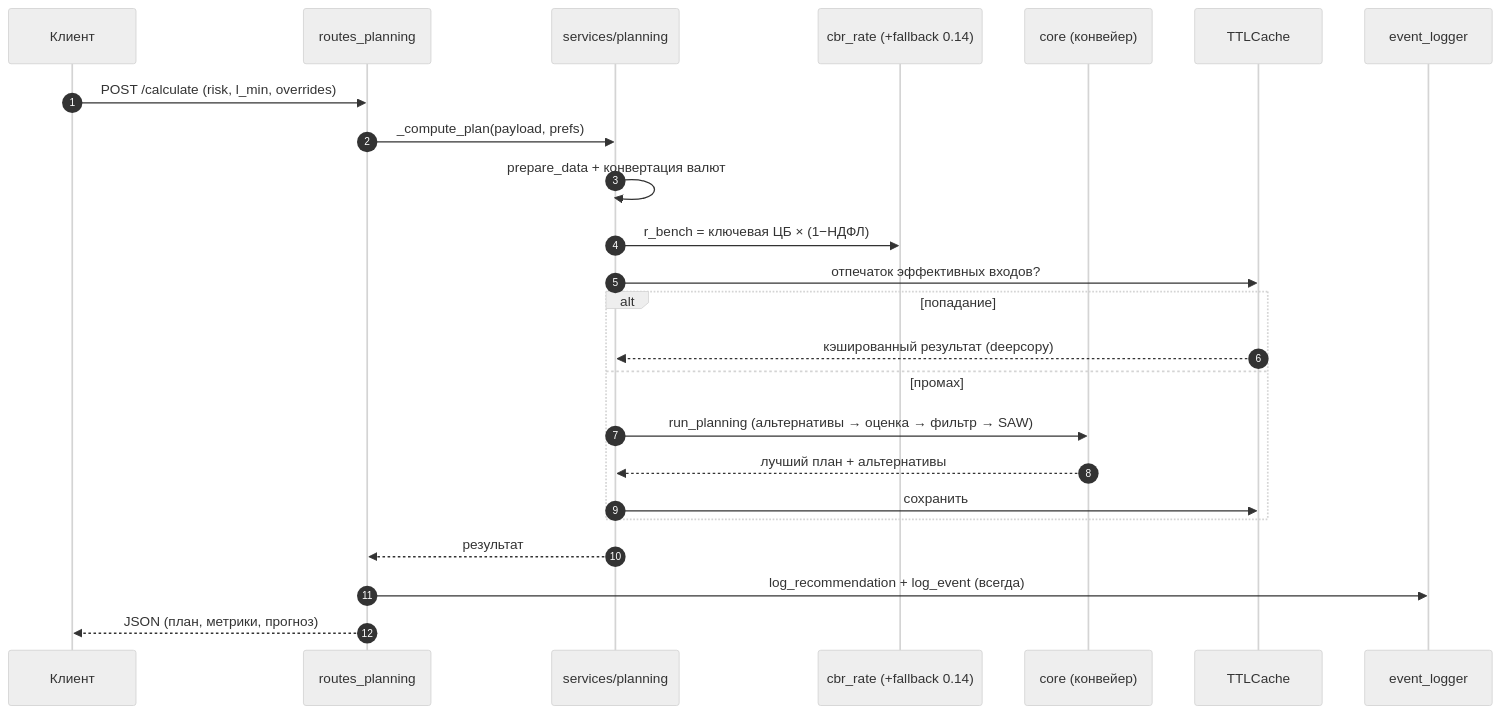
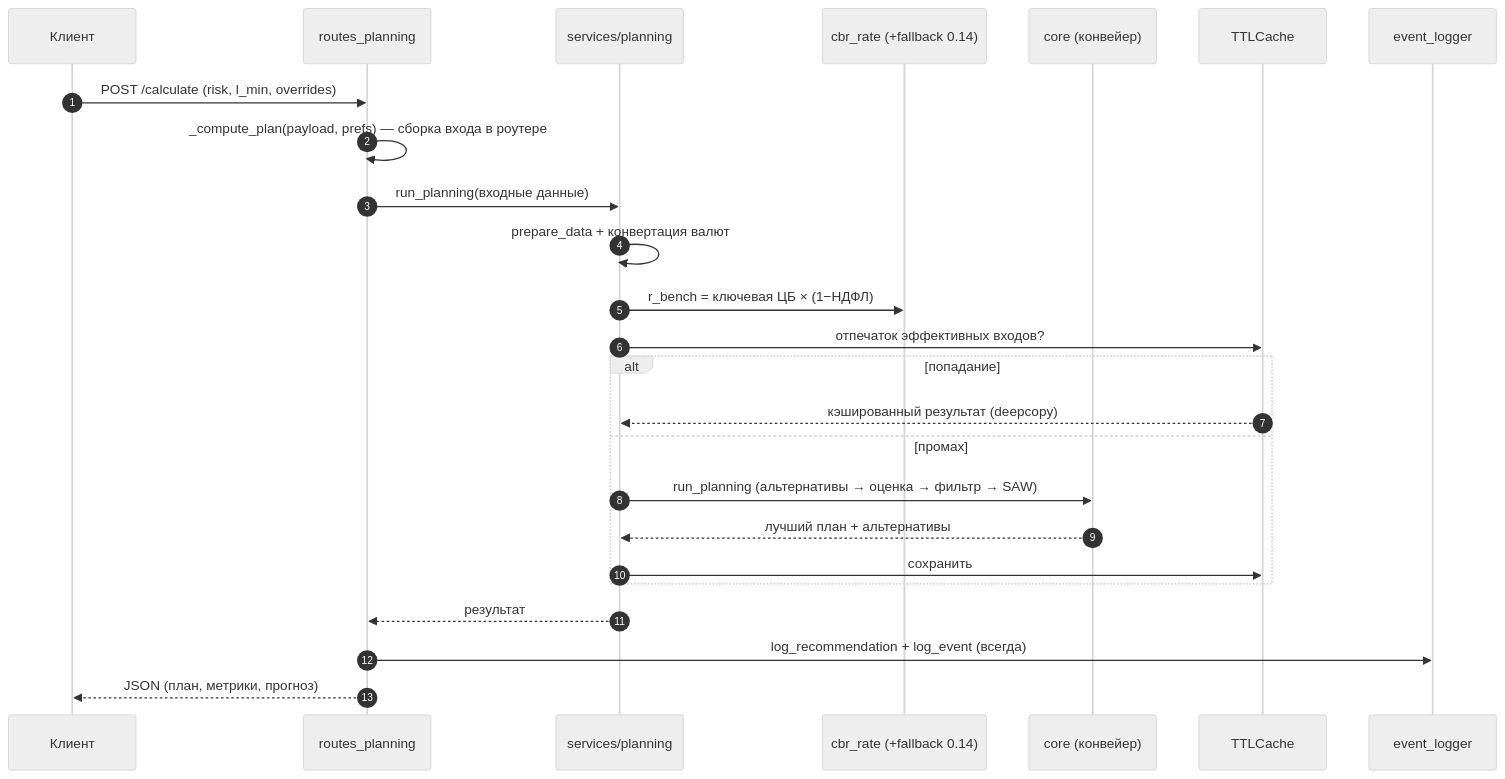
One commit to vevdokimovm/personal-finance-dss changed the fifth of 10 diagrams in docs/diagrams.md. Above: the diagram before and after it, drawn with Mermaid (neutral theme). The commit also changed other lines of this file and 5 other files, not shown here.

Commit message:
personal-finance-dss v9.13.5 — Описания релизов приведены к стандарту, оставшиеся три диаграммы догнаны до кода

````diff
--- a/docs/diagrams.md
+++ b/docs/diagrams.md
@@ -397,27 +397,28 @@
 ```mermaid
 sequenceDiagram
     autonumber
     participant C as Клиент
     participant R as routes_planning
     participant P as services/planning
     participant Rate as cbr_rate (+fallback 0.14)
     participant Core as core (конвейер)
     participant Cache as TTLCache
     participant Log as event_logger
 
     C->>R: POST /calculate (risk, l_min, overrides)
-    R->>P: _compute_plan(payload, prefs)
+    R->>R: _compute_plan(payload, prefs) — сборка входа в роутере
+    R->>P: run_planning(входные данные)
     P->>P: prepare_data + конвертация валют
     P->>Rate: r_bench = ключевая ЦБ × (1−НДФЛ)
     P->>Cache: отпечаток эффективных входов?
     alt попадание
         Cache-->>P: кэшированный результат (deepcopy)
     else промах
         P->>Core: run_planning (альтернативы → оценка → фильтр → SAW)
         Core-->>P: лучший план + альтернативы
         P->>Cache: сохранить
     end
     P-->>R: результат
     R->>Log: log_recommendation + log_event (всегда)
     R-->>C: JSON (план, метрики, прогноз)
 ```
````
